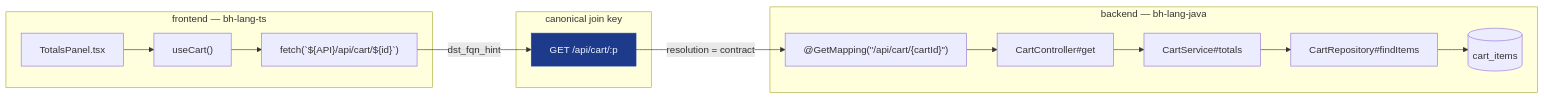
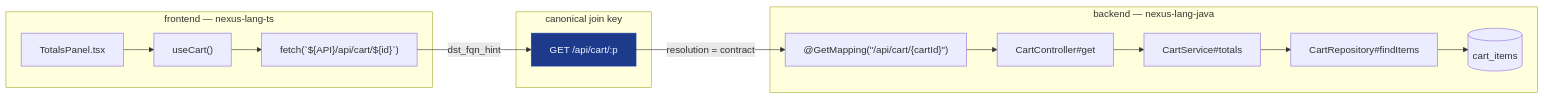
The second of 4 diagrams in docs/diagrams/investigation-flow.md (zorigtbaatarAst/nexus), drawn with Mermaid before and after one commit. The commit also changed 19 other files, not shown here.

````diff
--- a/docs/diagrams/investigation-flow.md
+++ b/docs/diagrams/investigation-flow.md
@@ -51,21 +51,21 @@
 ```mermaid
 flowchart LR
-    subgraph fe["frontend — bh-lang-ts"]
+    subgraph fe["frontend — nexus-lang-ts"]
         C1["TotalsPanel.tsx"] --> C2["useCart()"]
         C2 --> C3["fetch(`${API}/api/cart/${id}`)"]
     end
     subgraph canon["canonical join key"]
         K["GET /api/cart/:p"]
     end
-    subgraph be["backend — bh-lang-java"]
+    subgraph be["backend — nexus-lang-java"]
         S1["@GetMapping(&quot;/api/cart/{cartId}&quot;)"] --> S2["CartController#get"]
         S2 --> S3["CartService#totals"]
         S3 --> S4["CartRepository#findItems"]
         S4 --> S5[("cart_items")]
     end
     C3 -->|"dst_fqn_hint"| K
     K -->|"resolution = contract"| S1
 
     classDef seam fill:#1e3a8a,stroke:#1e40af,color:#eff6ff
     class K seam
 ```
````
